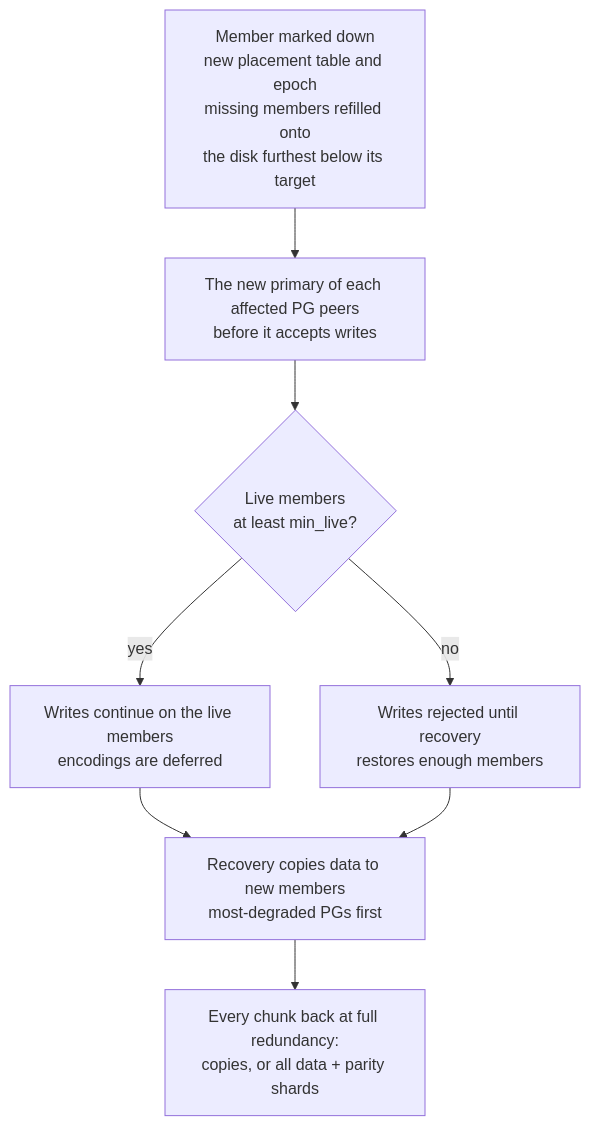
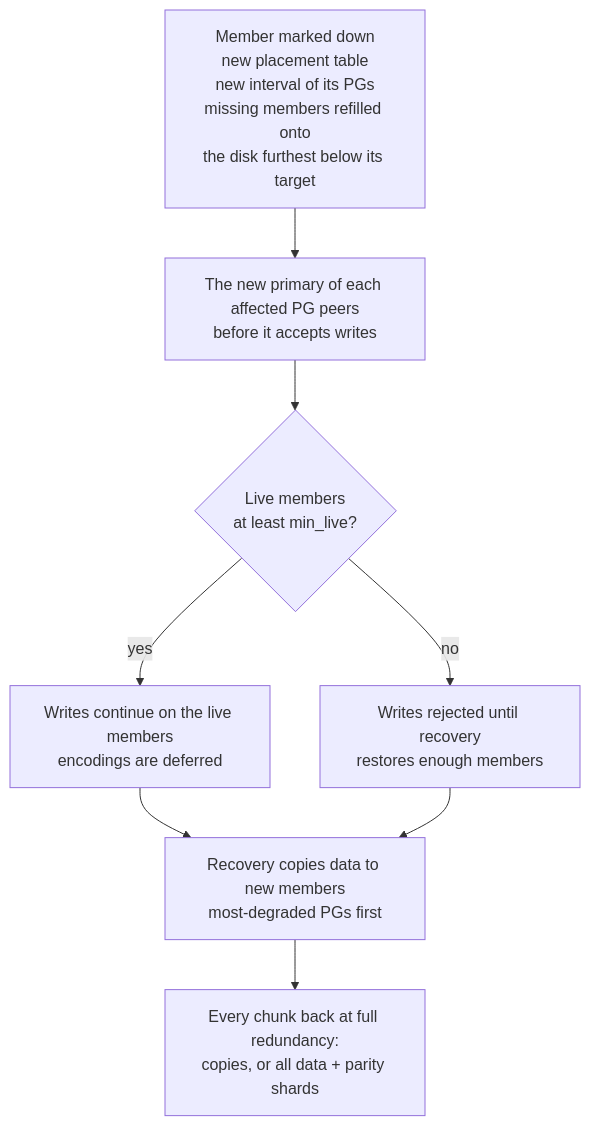
One commit to nvcnvn/rock-solid changed the fourth of 4 diagrams in blogs/07-pools-and-redundancy.md. Above: the diagram before and after it, drawn with Mermaid. The commit also changed other lines of this file and 11 other files, not shown here.

````diff
--- a/blogs/07-pools-and-redundancy.md
+++ b/blogs/07-pools-and-redundancy.md
@@ -562,10 +563,10 @@
 ```mermaid
 flowchart TD
-    A["Member marked down<br/>new placement table and epoch<br/>missing members refilled onto<br/>the disk furthest below its target"] --> E["The new primary of each affected PG peers<br/>before it accepts writes"]
+    A["Member marked down<br/>new placement table<br/>new interval of its PGs<br/>missing members refilled onto<br/>the disk furthest below its target"] --> E["The new primary of each affected PG peers<br/>before it accepts writes"]
     E --> F{"Live members<br/>at least min_live?"}
     F -- yes --> G["Writes continue on the live members<br/>encodings are deferred"]
     F -- no --> H["Writes rejected until recovery<br/>restores enough members"]
     G --> I["Recovery copies data to new members<br/>most-degraded PGs first"]
     H --> I
     I --> J["Every chunk back at full redundancy:<br/>copies, or all data + parity shards"]
 ```
````
